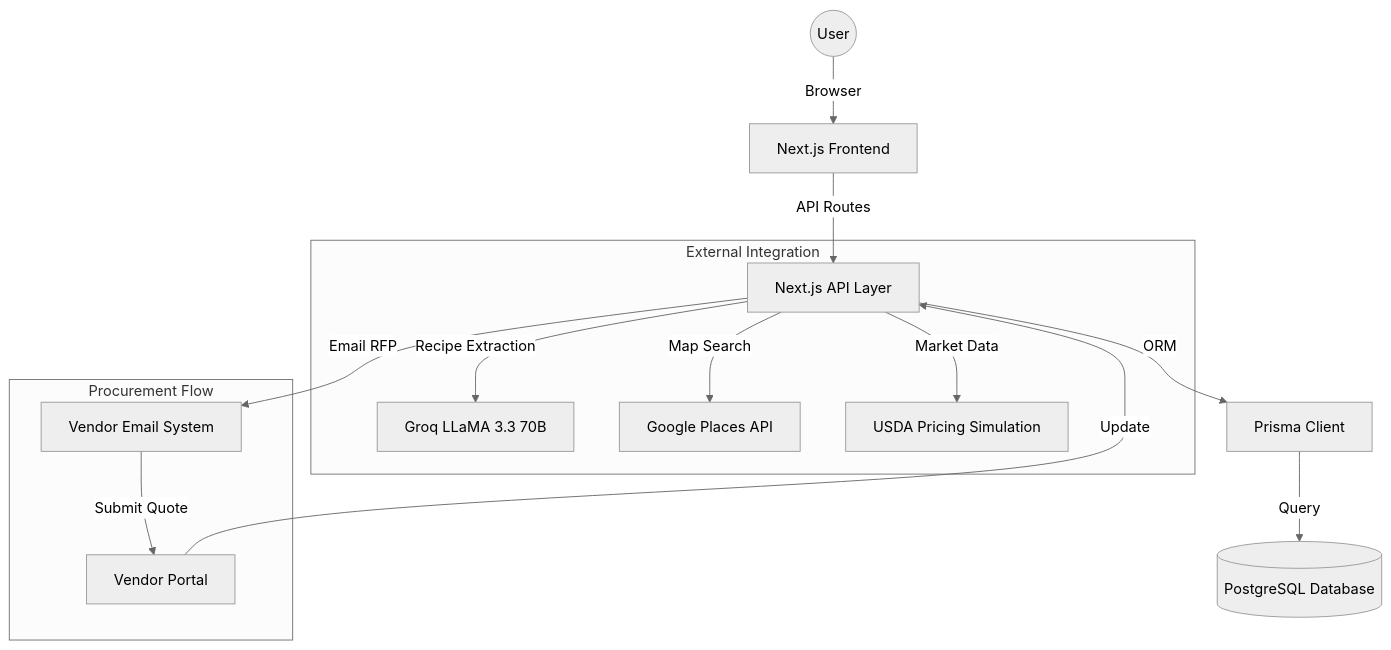
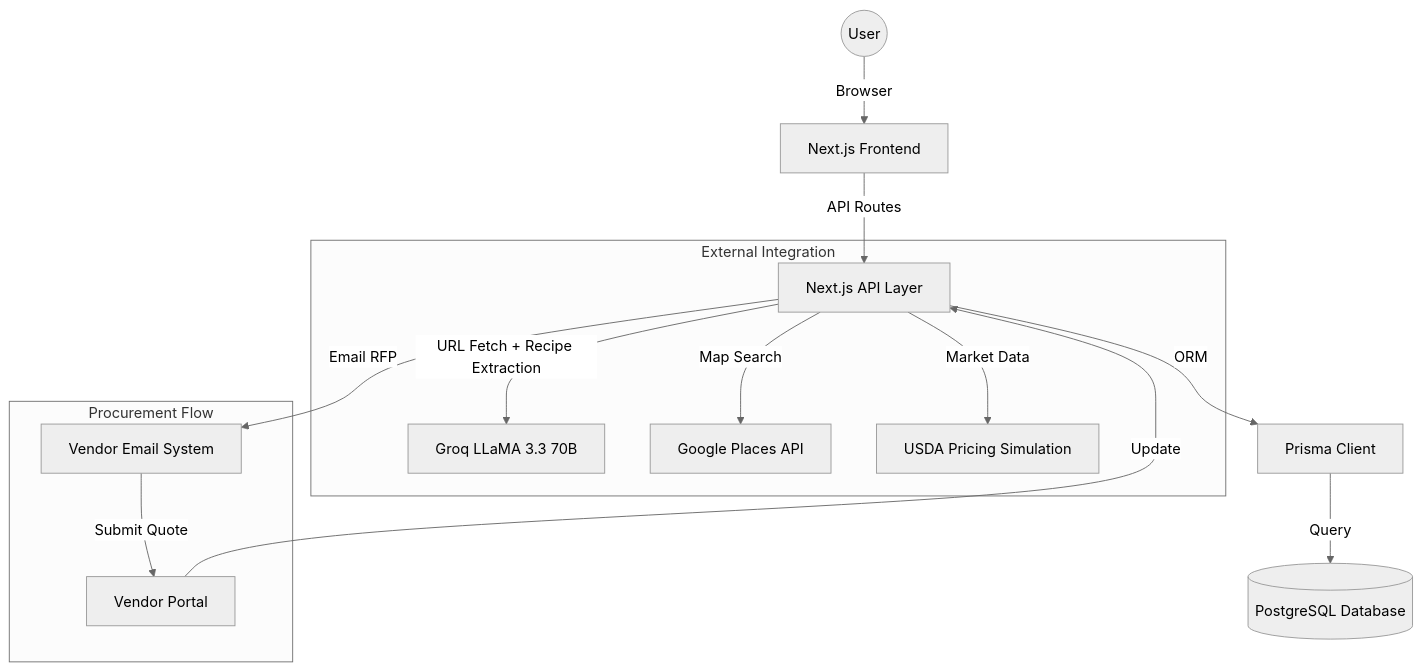
The first of 2 diagrams in README.md (Utsavd7/AutoRFP-Automated-Ingredient-Procurement-System), drawn with Mermaid (neutral theme) before and after one commit. The commit also changed other lines of this file, not shown here.

Commit message:
docs: comprehensive README update reflecting Groq, URL fetching, and real pricing features

````diff
--- a/README.md
+++ b/README.md
@@ -24,19 +24,19 @@
 ```mermaid
 graph TD
     User((User)) -->|Browser| Frontend[Next.js Frontend]
     Frontend -->|API Routes| Backend[Next.js API Layer]
     Backend -->|ORM| Prisma[Prisma Client]
     Prisma -->|Query| DB[(PostgreSQL Database)]
     
     subgraph "External Integration"
-        Backend -->|Recipe Extraction| Groq[Groq LLaMA 3.3 70B]
+        Backend -->|URL Fetch + Recipe Extraction| Groq[Groq LLaMA 3.3 70B]
         Backend -->|Map Search| GooglePlaces[Google Places API]
         Backend -->|Market Data| USDASim[USDA Pricing Simulation]
     end
     
     subgraph "Procurement Flow"
         Backend -->|Email RFP| Vendors[Vendor Email System]
         Vendors -->|Submit Quote| QuotePortal[Vendor Portal]
         QuotePortal -->|Update| Backend
     end
 ```
````
